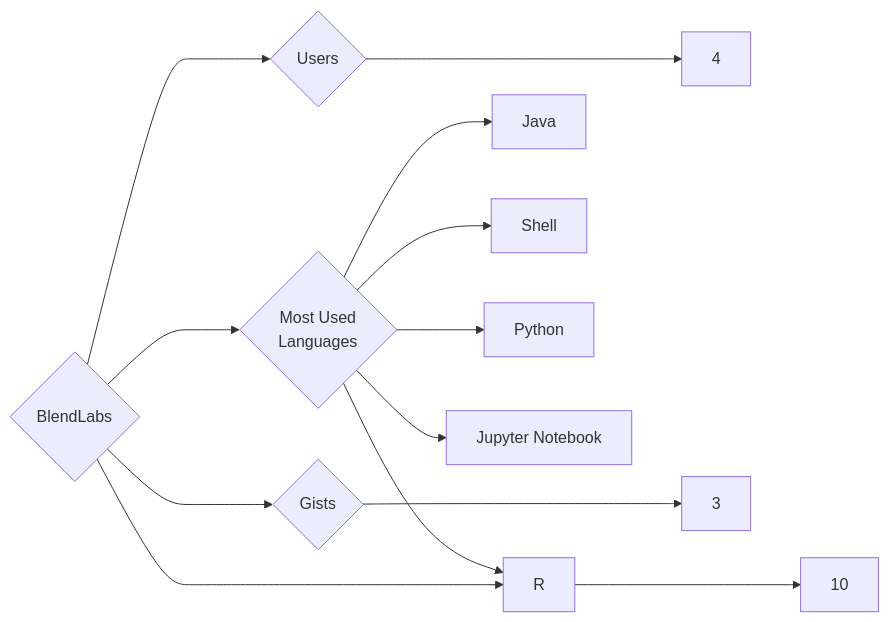
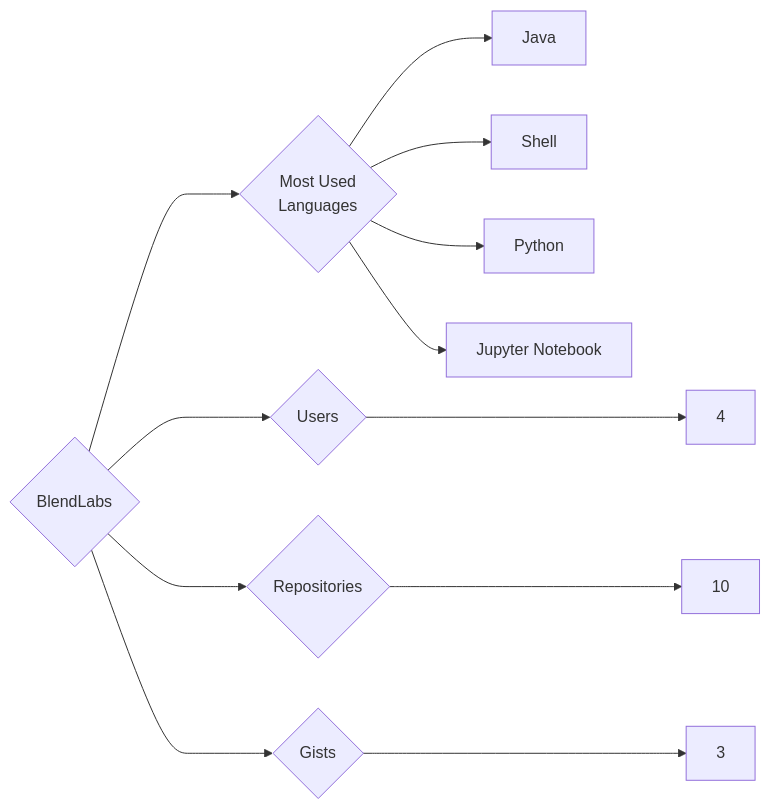
Before and after one commit to trickest/insiders: the diagram in targets/BlendLabs/README.md, drawn with Mermaid. The commit also changed 1238 other files, not shown here.

````diff
--- a/targets/BlendLabs/README.md
+++ b/targets/BlendLabs/README.md
@@ -3,13 +3,12 @@
 ```mermaid
 graph LR
 COMPANY_NAME{BlendLabs}
 COMPANY_NAME ---> U{Users} ---> UN[4]
 COMPANY_NAME ---> R{Repositories} ---> RN[10]
 COMPANY_NAME ---> G{Gists} ---> GN[3]
 COMPANY_NAME ---> ML{Most Used<br>Languages}
 ML --> Java[Java]
 ML --> Shell[Shell]
-ML --> R[R]
 ML --> Python[Python]
 ML --> Jupyter_Notebook[Jupyter Notebook]
 ```
````
